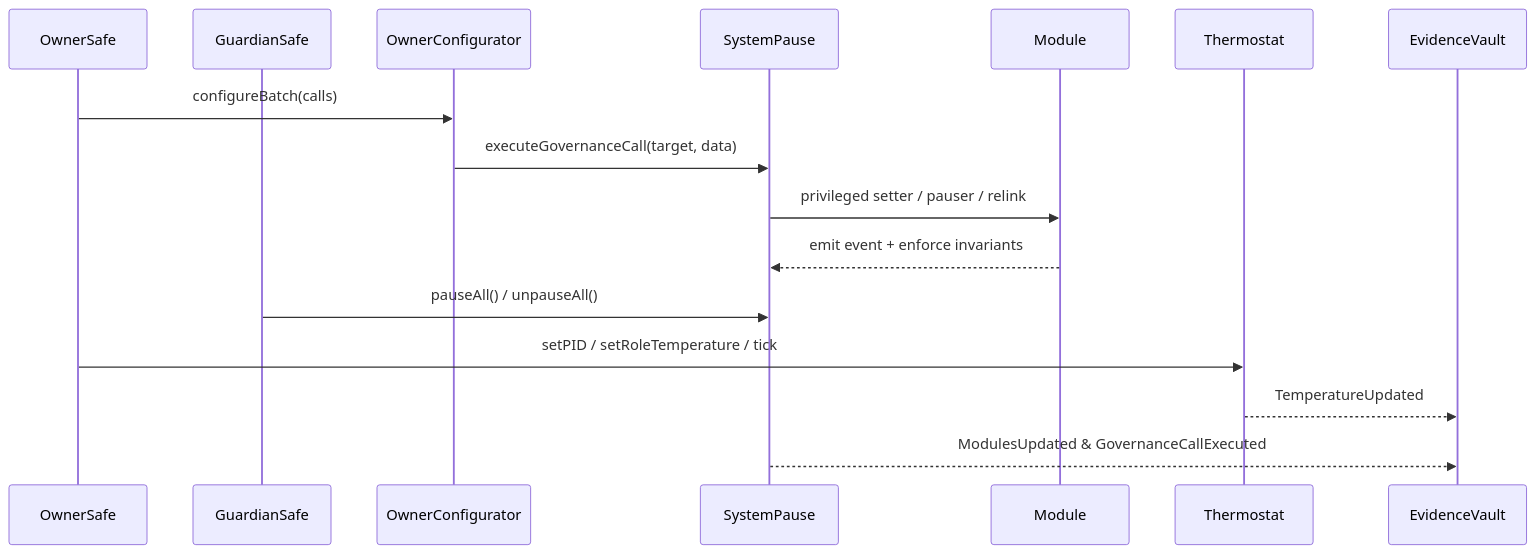
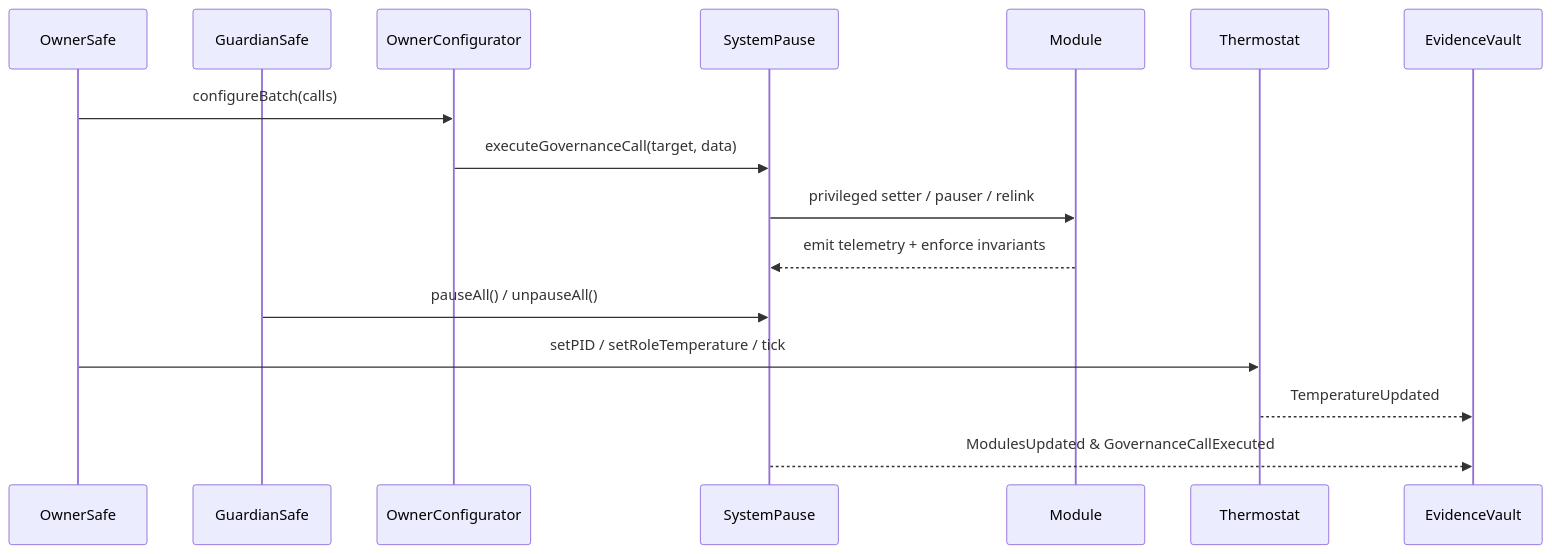
One commit to MontrealAI/agijobs-sovereign-labor-v0p1 changed the second of 6 diagrams in docs/README.md. Above: the diagram before and after it, drawn with Mermaid. The commit also changed other lines of this file, not shown here.

````diff
--- a/docs/README.md
+++ b/docs/README.md
@@ -103,18 +107,18 @@
 ```mermaid
 sequenceDiagram
     participant OwnerSafe
     participant GuardianSafe
     participant OwnerConfigurator
     participant SystemPause
     participant Module
     participant Thermostat
     participant EvidenceVault
     OwnerSafe->>OwnerConfigurator: configureBatch(calls)
     OwnerConfigurator->>SystemPause: executeGovernanceCall(target, data)
     SystemPause->>Module: privileged setter / pauser / relink
-    Module-->>SystemPause: emit event + enforce invariants
+    Module-->>SystemPause: emit telemetry + enforce invariants
     GuardianSafe->>SystemPause: pauseAll() / unpauseAll()
     OwnerSafe->>Thermostat: setPID / setRoleTemperature / tick
     Thermostat-->>EvidenceVault: TemperatureUpdated
     SystemPause-->>EvidenceVault: ModulesUpdated & GovernanceCallExecuted
 ```
````
